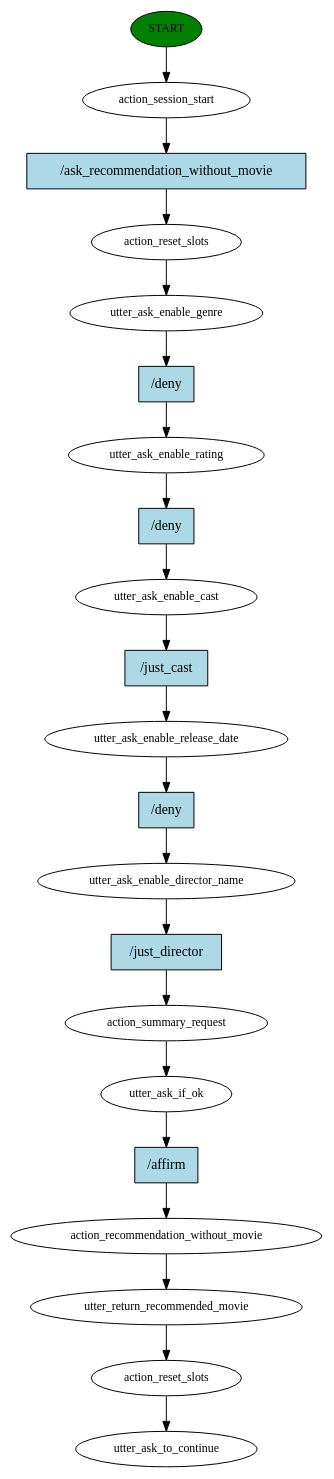
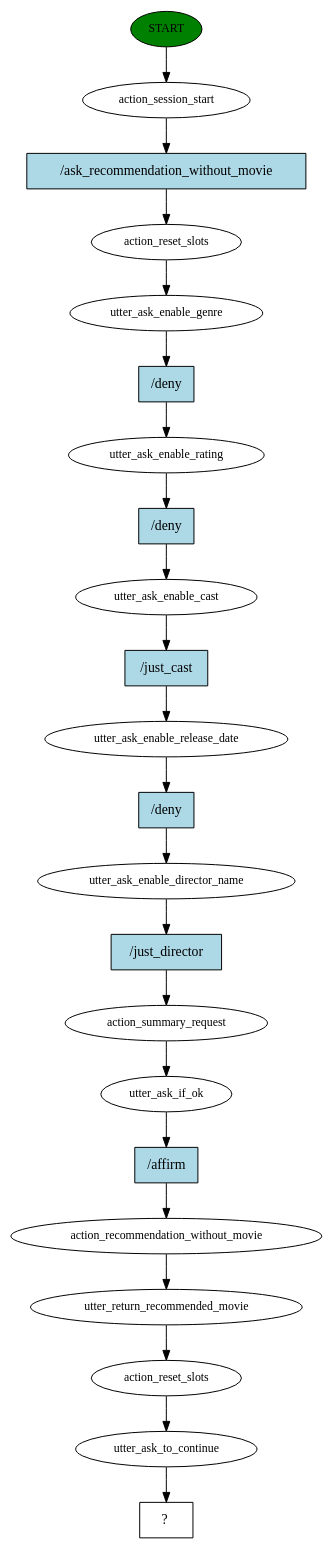
One commit to Bru0x11/Human_Machine_Dialogue-Rasa changed the diagram in story_graph.dot. Above: the diagram before and after it, drawn with Graphviz. The commit also changed 315 other files, not shown here.

```diff
--- a/story_graph.dot
+++ b/story_graph.dot
@@ -1,43 +1,45 @@
 digraph  {
 0 [class="start active", fillcolor=green, fontsize=12, label=START, style=filled];
 1 [class=active, fontsize=12, label=action_session_start];
 2 [class=active, fontsize=12, label=action_reset_slots];
 3 [class=active, fontsize=12, label=utter_ask_enable_genre];
 4 [class=active, fontsize=12, label=utter_ask_enable_rating];
 5 [class=active, fontsize=12, label=utter_ask_enable_cast];
 6 [class=active, fontsize=12, label=utter_ask_enable_release_date];
 7 [class=active, fontsize=12, label=utter_ask_enable_director_name];
 8 [class=active, fontsize=12, label=action_summary_request];
 9 [class=active, fontsize=12, label=utter_ask_if_ok];
 10 [class=active, fontsize=12, label=action_recommendation_without_movie];
 11 [class=active, fontsize=12, label=utter_return_recommended_movie];
 12 [class=active, fontsize=12, label=action_reset_slots];
-13 [class="dashed active", fontsize=12, label=utter_ask_to_continue];
-14 [class="intent active", fillcolor=lightblue, label="/ask_recommendation_without_movie", shape=rect, style=filled];
-15 [class="intent active", fillcolor=lightblue, label="/deny", shape=rect, style=filled];
+13 [class=active, fontsize=12, label=utter_ask_to_continue];
+14 [class="intent dashed active", label="  ?  ", shape=rect];
+15 [class="intent active", fillcolor=lightblue, label="/ask_recommendation_without_movie", shape=rect, style=filled];
 16 [class="intent active", fillcolor=lightblue, label="/deny", shape=rect, style=filled];
-17 [class="intent active", fillcolor=lightblue, label="/just_cast", shape=rect, style=filled];
-18 [class="intent active", fillcolor=lightblue, label="/deny", shape=rect, style=filled];
-19 [class="intent active", fillcolor=lightblue, label="/just_director", shape=rect, style=filled];
-20 [class="intent active", fillcolor=lightblue, label="/affirm", shape=rect, style=filled];
+17 [class="intent active", fillcolor=lightblue, label="/deny", shape=rect, style=filled];
+18 [class="intent active", fillcolor=lightblue, label="/just_cast", shape=rect, style=filled];
+19 [class="intent active", fillcolor=lightblue, label="/deny", shape=rect, style=filled];
+20 [class="intent active", fillcolor=lightblue, label="/just_director", shape=rect, style=filled];
+21 [class="intent active", fillcolor=lightblue, label="/affirm", shape=rect, style=filled];
 0 -> 1  [class=active, key=NONE, label=""];
-1 -> 14  [class=active, key=0];
+1 -> 15  [class=active, key=0];
 2 -> 3  [class=active, key=NONE, label=""];
-3 -> 15  [class=active, key=0];
-4 -> 16  [class=active, key=0];
-5 -> 17  [class=active, key=0];
-6 -> 18  [class=active, key=0];
-7 -> 19  [class=active, key=0];
+3 -> 16  [class=active, key=0];
+4 -> 17  [class=active, key=0];
+5 -> 18  [class=active, key=0];
+6 -> 19  [class=active, key=0];
+7 -> 20  [class=active, key=0];
 8 -> 9  [class=active, key=NONE, label=""];
-9 -> 20  [class=active, key=0];
+9 -> 21  [class=active, key=0];
 10 -> 11  [class=active, key=NONE, label=""];
 11 -> 12  [class=active, key=NONE, label=""];
 12 -> 13  [class=active, key=NONE, label=""];
-14 -> 2  [class=active, key=0];
-15 -> 4  [class=active, key=0];
-16 -> 5  [class=active, key=0];
-17 -> 6  [class=active, key=0];
-18 -> 7  [class=active, key=0];
-19 -> 8  [class=active, key=0];
-20 -> 10  [class=active, key=0];
+13 -> 14  [class=active, key=NONE, label=""];
+15 -> 2  [class=active, key=0];
+16 -> 4  [class=active, key=0];
+17 -> 5  [class=active, key=0];
+18 -> 6  [class=active, key=0];
+19 -> 7  [class=active, key=0];
+20 -> 8  [class=active, key=0];
+21 -> 10  [class=active, key=0];
 }
```
